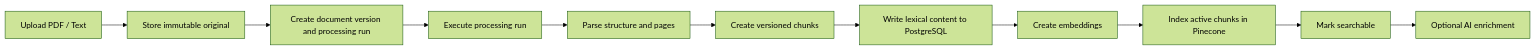
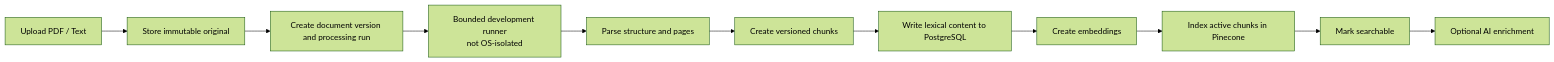
Before and after one commit to rnkraus/investment-research: the fifth of 12 diagrams in docs/07-m0-0-architecture-flows.md, drawn with Mermaid (forest theme). The commit also changed other lines of this file and 8 other files, not shown here.

````diff
--- a/docs/07-m0-0-architecture-flows.md
+++ b/docs/07-m0-0-architecture-flows.md
@@ -108,13 +108,13 @@
 ```mermaid
 flowchart LR
     A[Upload PDF / Text] --> B[Store immutable original]
     B --> C[Create document version and processing run]
-    C --> D[Execute processing run]
+    C --> D[Bounded development runner<br/>not OS-isolated]
     D --> E[Parse structure and pages]
     E --> F[Create versioned chunks]
     F --> G[Write lexical content to PostgreSQL]
     G --> H[Create embeddings]
     H --> I[Index active chunks in Pinecone]
     I --> J[Mark searchable]
     J --> K[Optional AI enrichment]
 ```
````
